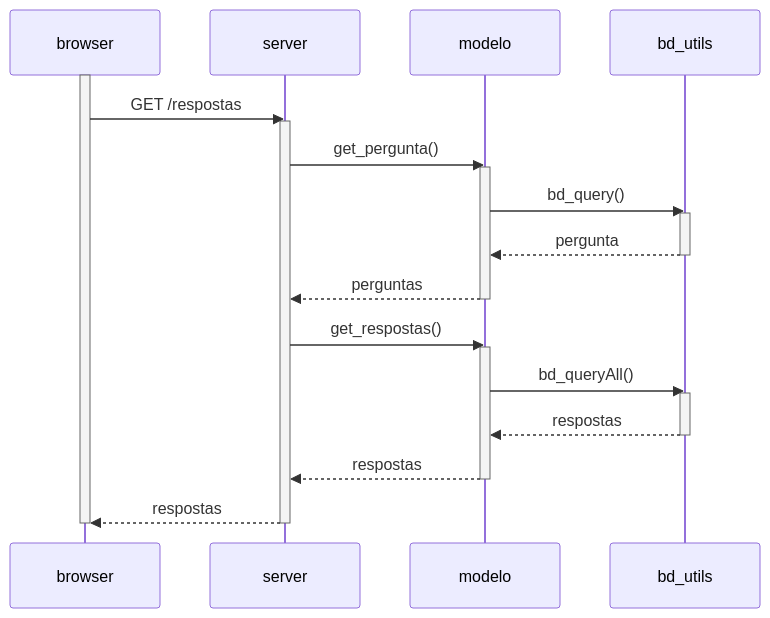
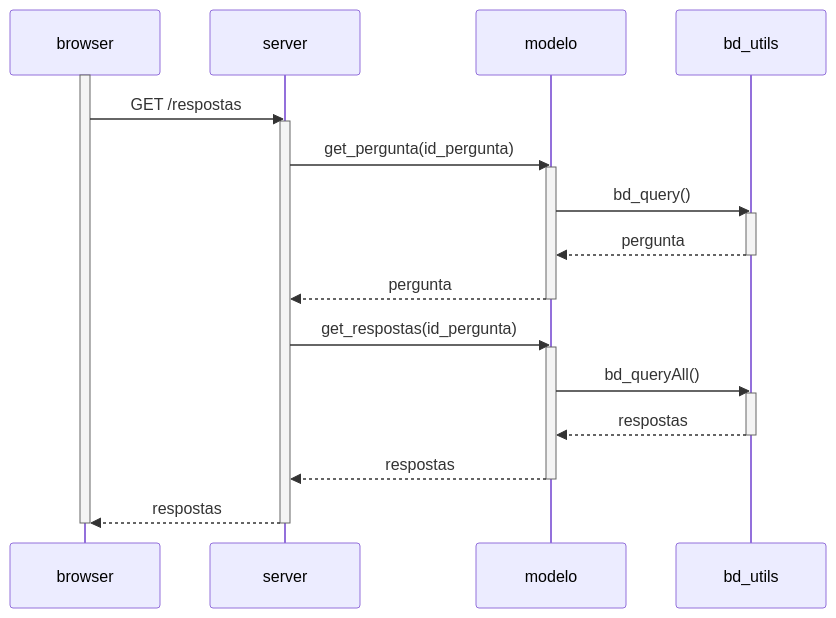
Before and after one commit to mtov/esmforum: the third of 3 diagrams in docs/uml.md, drawn with Mermaid. The commit also changed other lines of this file, not shown here.

````diff
--- a/docs/uml.md
+++ b/docs/uml.md
@@ -45,25 +50,25 @@
 ```mermaid
     sequenceDiagram
         activate browser
 	browser->>server: GET /respostas
         activate server
-        server->>modelo: get_pergunta()
+        server->>modelo: get_pergunta(id_pergunta)
         activate modelo
         modelo->>bd_utils: bd_query()
         activate bd_utils
         bd_utils-->>modelo: pergunta
         deactivate bd_utils
-        modelo-->>server: perguntas
+        modelo-->>server: pergunta
         deactivate modelo
-	server->>modelo: get_respostas()
+	server->>modelo: get_respostas(id_pergunta)
         activate modelo
         modelo->>bd_utils: bd_queryAll()
         activate bd_utils
         bd_utils-->>modelo: respostas
         deactivate bd_utils
         modelo-->>server: respostas
         deactivate modelo
 	server-->>browser: respostas
 	deactivate server
 	deactivate browser
 ```	
````
